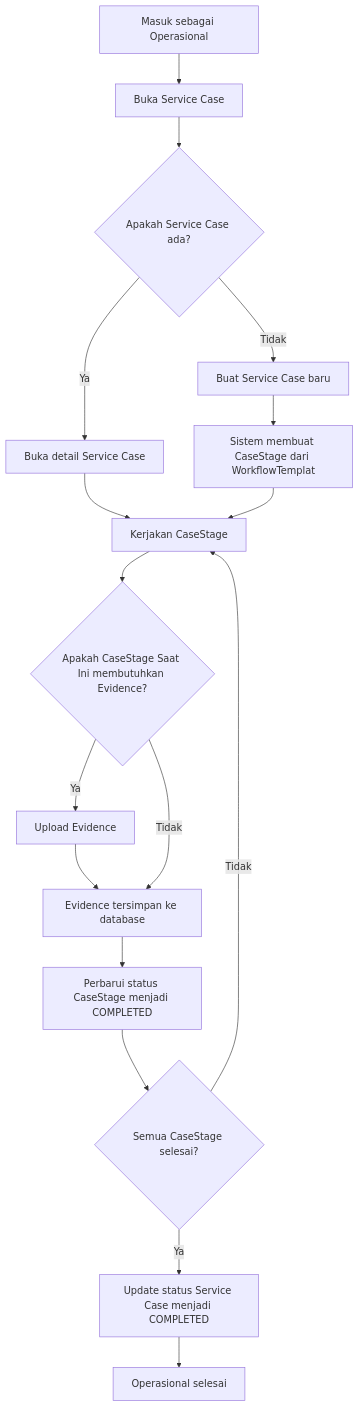
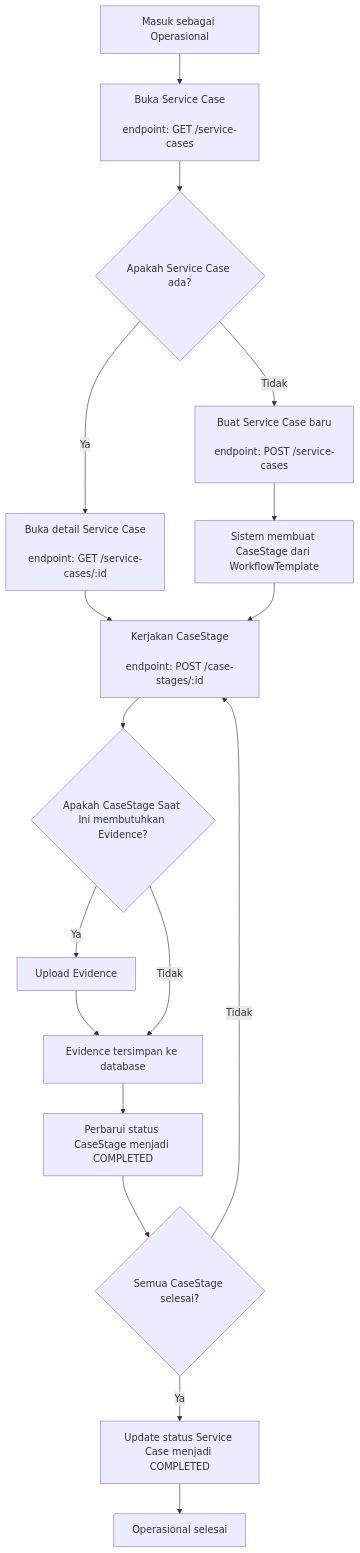
The diagram in flowchart/flow_operasional_admin.mmd (jalilnawawi/workflow-monitoring-app), drawn with Mermaid before and after one commit. The commit also changed 14 other files, not shown here.

```diff
--- a/flowchart/flow_operasional_admin.mmd
+++ b/flowchart/flow_operasional_admin.mmd
@@ -1,20 +1,20 @@
 flowchart TD
 %% Alur pengguna operasional
-    A[Masuk sebagai Operasional] --> B[Buka Service Case]
+    A[Masuk sebagai Operasional] --> B[Buka Service Case<br/><br/>endpoint: GET /service-cases]
     B --> C{Apakah Service Case ada?}
-    C -- Tidak --> D[Buat Service Case baru]
-    D --> E[Sistem membuat CaseStage dari WorkflowTemplat]
-    C -- Ya --> F[Buka detail Service Case]
-    F --> G[Kerjakan CaseStage]
+    C -- Tidak --> D[Buat Service Case baru<br/><br/>endpoint: POST /service-cases]
+    D --> E[Sistem membuat CaseStage dari WorkflowTemplate]
+    C -- Ya --> F[Buka detail Service Case<br/><br/>endpoint: GET /service-cases/:id]
+    F --> G[Kerjakan CaseStage<br/><br/>endpoint: POST /case-stages/:id]
     E --> G
 
     G --> H{Apakah CaseStage Saat Ini membutuhkan Evidence?}
     H -- Ya --> I[Upload Evidence]
     I --> J[Evidence tersimpan ke database]
     H -- Tidak --> J
 
     J --> K[Perbarui status CaseStage menjadi COMPLETED]
     K --> L{Semua CaseStage selesai?}
     L -- Tidak --> G
     L -- Ya --> M[Update status Service Case menjadi COMPLETED]
     M --> N[Operasional selesai]
```
